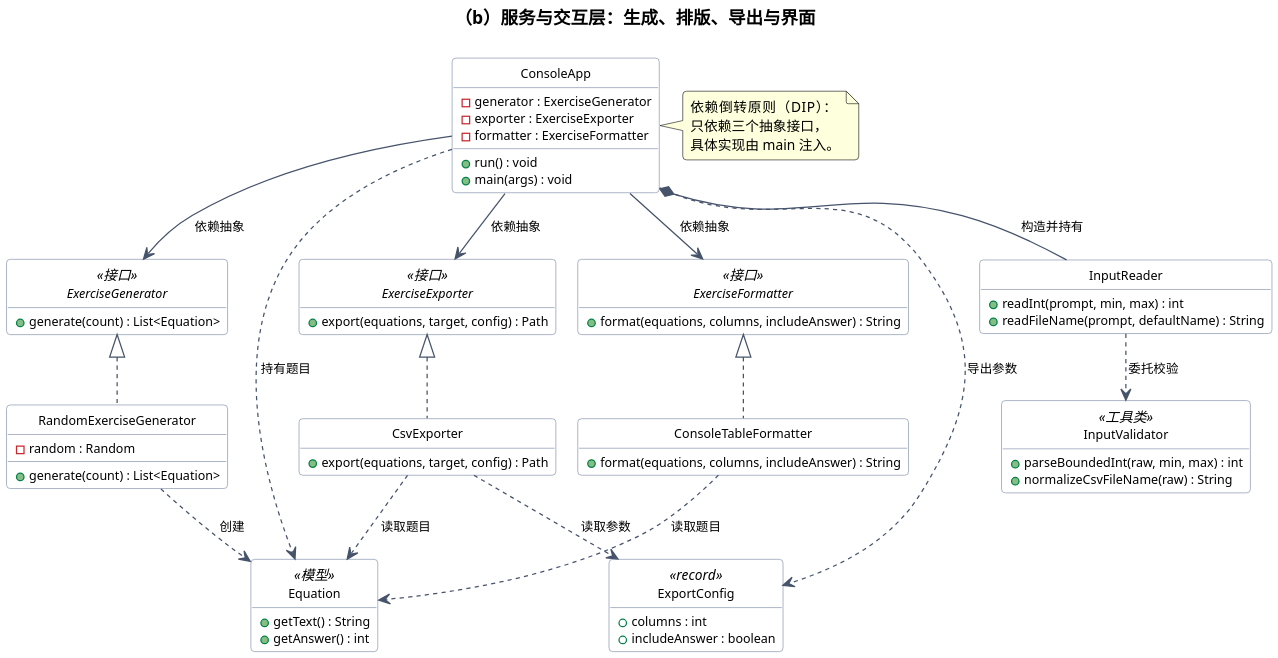
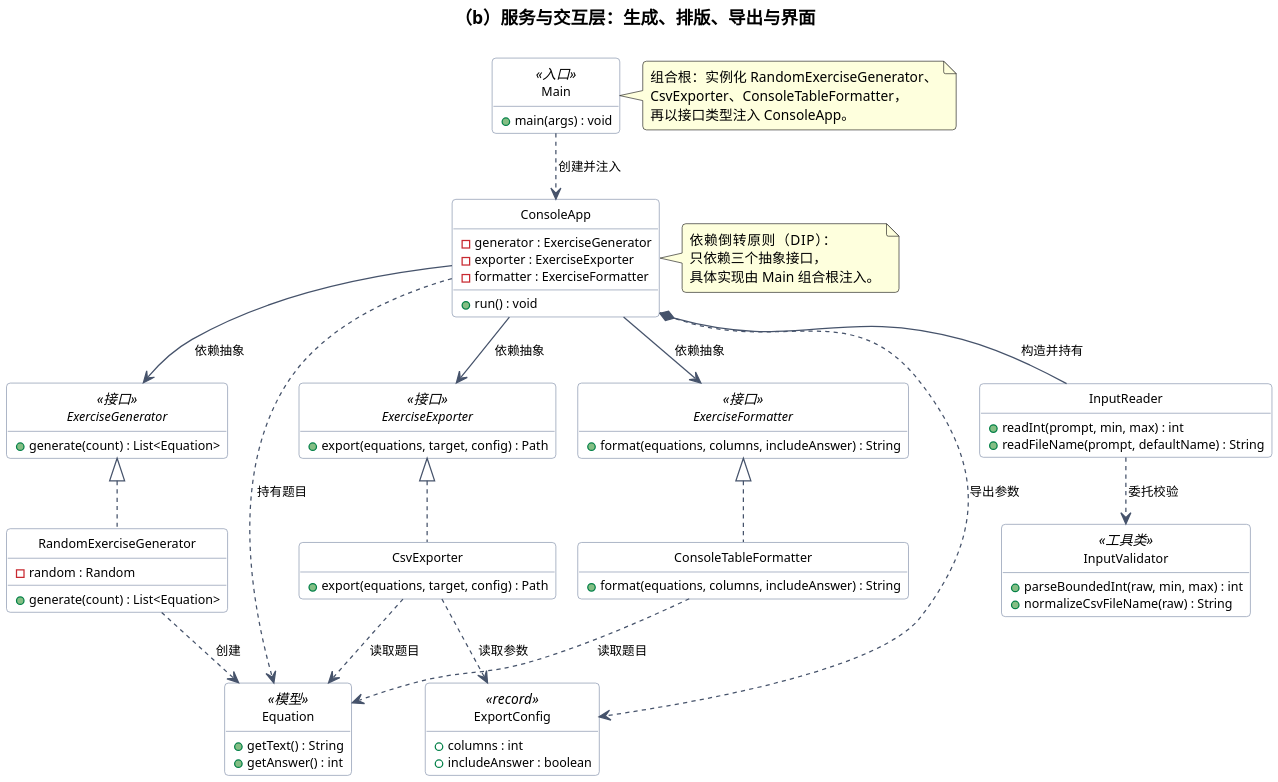
One commit to why-syx/software-construction-lab2 changed the diagram in docs/uml_service.puml. Above: the diagram before and after it, drawn with PlantUML. The commit also changed 26 other files, not shown here.

```diff
--- a/docs/uml_service.puml
+++ b/docs/uml_service.puml
@@ -1,100 +1,110 @@
 @startuml uml_service
 !pragma layout smetana
 skinparam dpi 200
 skinparam defaultFontName "Microsoft YaHei"
 skinparam defaultFontSize 11
 skinparam classFontSize 12
 skinparam classAttributeFontSize 10
 skinparam arrowFontSize 10
 skinparam shadowing false
 skinparam roundCorner 6
 skinparam linetype polyline
 skinparam nodesep 22
 skinparam ranksep 28
 skinparam classBackgroundColor #FFFFFF
 skinparam interfaceBackgroundColor #E8F1FB
 skinparam abstractBackgroundColor #EAF7EA
 skinparam ArrowColor #46536B
 skinparam classBorderColor #7C8AA5
 hide empty members
 hide circle
 
 title （b）服务与交互层：生成、排版、导出与界面
 
 interface ExerciseGenerator <<接口>> {
   +generate(count) : List<Equation>
 }
 
 class RandomExerciseGenerator {
   -random : Random
   +generate(count) : List<Equation>
 }
 
 interface ExerciseFormatter <<接口>> {
   +format(equations, columns, includeAnswer) : String
 }
 
 class ConsoleTableFormatter {
   +format(equations, columns, includeAnswer) : String
 }
 
 interface ExerciseExporter <<接口>> {
   +export(equations, target, config) : Path
 }
 
 class CsvExporter {
   +export(equations, target, config) : Path
 }
 
 class ExportConfig <<record>> {
   +columns : int
   +includeAnswer : boolean
 }
 
+class Main <<入口>> {
+  +main(args) : void
+}
+
 class ConsoleApp {
   -generator : ExerciseGenerator
   -exporter : ExerciseExporter
   -formatter : ExerciseFormatter
   +run() : void
-  +main(args) : void
 }
 
 class InputReader {
   +readInt(prompt, min, max) : int
   +readFileName(prompt, defaultName) : String
 }
 
 class InputValidator <<工具类>> {
   +parseBoundedInt(raw, min, max) : int
   +normalizeCsvFileName(raw) : String
 }
 
 class Equation <<模型>> {
   +getText() : String
   +getAnswer() : int
 }
 
 ExerciseGenerator <|.. RandomExerciseGenerator
 ExerciseFormatter <|.. ConsoleTableFormatter
 ExerciseExporter <|.. CsvExporter
 
+Main ..> ConsoleApp : 创建并注入
 ConsoleApp *-- InputReader : 构造并持有
 ConsoleApp --> ExerciseGenerator : 依赖抽象
 ConsoleApp --> ExerciseExporter : 依赖抽象
 ConsoleApp --> ExerciseFormatter : 依赖抽象
 ConsoleApp ..> ExportConfig : 导出参数
 ConsoleApp ..> Equation : 持有题目
 
 InputReader ..> InputValidator : 委托校验
 RandomExerciseGenerator ..> Equation : 创建
 CsvExporter ..> Equation : 读取题目
 CsvExporter ..> ExportConfig : 读取参数
 ConsoleTableFormatter ..> Equation : 读取题目
 
 note right of ConsoleApp
   依赖倒转原则（DIP）：
   只依赖三个抽象接口，
-  具体实现由 main 注入。
+  具体实现由 Main 组合根注入。
+end note
+
+note right of Main
+  组合根：实例化 RandomExerciseGenerator、
+  CsvExporter、ConsoleTableFormatter，
+  再以接口类型注入 ConsoleApp。
 end note
 
 @enduml
```
